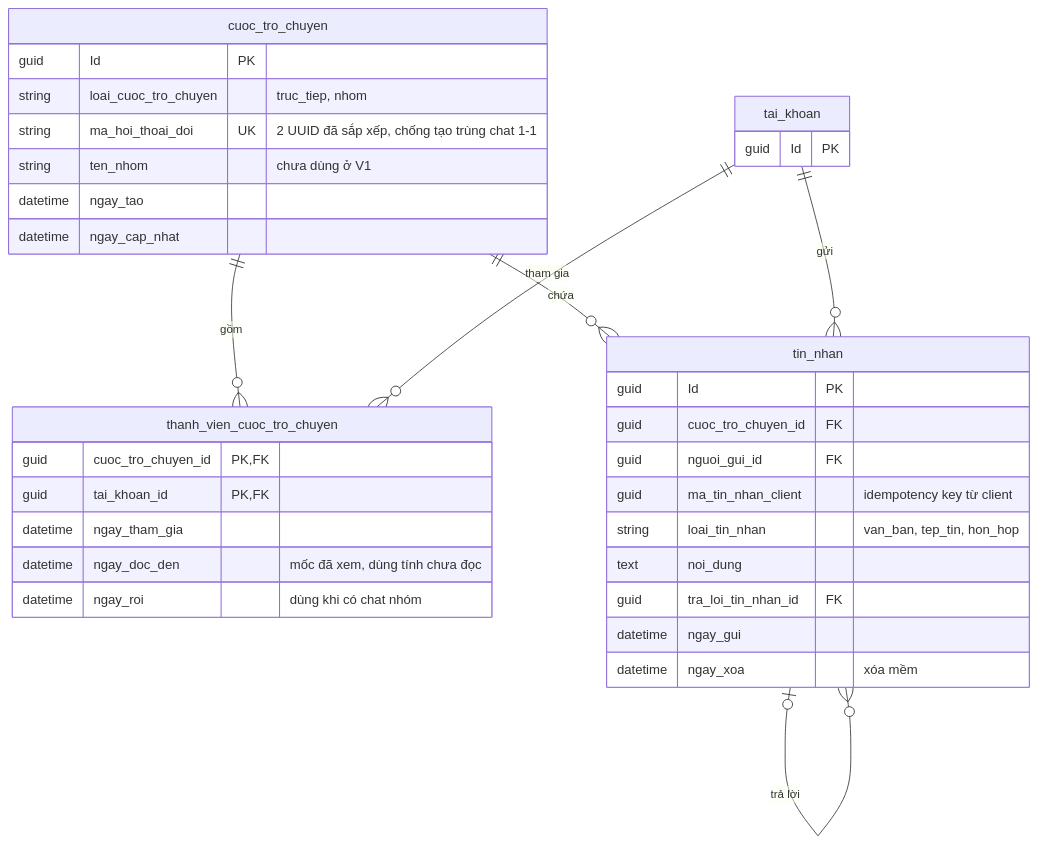
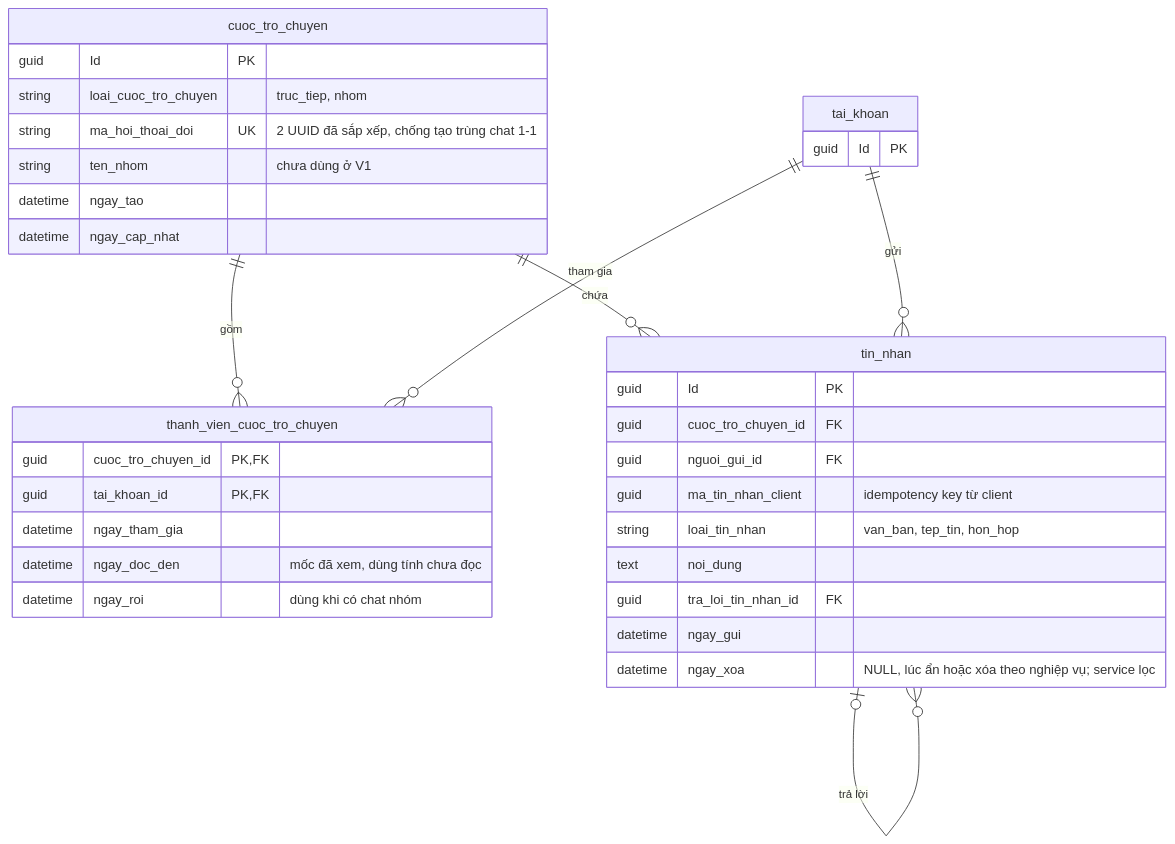
One commit to ngongochuy2003/GymBase changed the diagram in database/diagrams/05-nhan-tin.md. Above: the diagram before and after it, drawn with Mermaid. The commit also changed 14 other files, not shown here.

First line of the commit message:
docs: cập nhật tài liệu, sơ đồ và Bruno sau khi bỏ xóa mềm

````diff
--- a/database/diagrams/05-nhan-tin.md
+++ b/database/diagrams/05-nhan-tin.md
@@ -5,38 +5,38 @@
 ```mermaid
 erDiagram
     cuoc_tro_chuyen ||--o{ thanh_vien_cuoc_tro_chuyen : "gồm"
     tai_khoan ||--o{ thanh_vien_cuoc_tro_chuyen : "tham gia"
     cuoc_tro_chuyen ||--o{ tin_nhan : "chứa"
     tai_khoan ||--o{ tin_nhan : "gửi"
     tin_nhan |o--o{ tin_nhan : "trả lời"
 
     cuoc_tro_chuyen {
         guid Id PK
         string loai_cuoc_tro_chuyen "truc_tiep, nhom"
         string ma_hoi_thoai_doi UK "2 UUID đã sắp xếp, chống tạo trùng chat 1-1"
         string ten_nhom "chưa dùng ở V1"
         datetime ngay_tao
         datetime ngay_cap_nhat
     }
     thanh_vien_cuoc_tro_chuyen {
         guid cuoc_tro_chuyen_id PK, FK
         guid tai_khoan_id PK, FK
         datetime ngay_tham_gia
         datetime ngay_doc_den "mốc đã xem, dùng tính chưa đọc"
         datetime ngay_roi "dùng khi có chat nhóm"
     }
     tin_nhan {
         guid Id PK
         guid cuoc_tro_chuyen_id FK
         guid nguoi_gui_id FK
         guid ma_tin_nhan_client "idempotency key từ client"
         string loai_tin_nhan "van_ban, tep_tin, hon_hop"
         text noi_dung
         guid tra_loi_tin_nhan_id FK
         datetime ngay_gui
-        datetime ngay_xoa "xóa mềm"
+        datetime ngay_xoa "NULL, lúc ẩn hoặc xóa theo nghiệp vụ; service lọc"
     }
     tai_khoan {
         guid Id PK
     }
 ```
````
